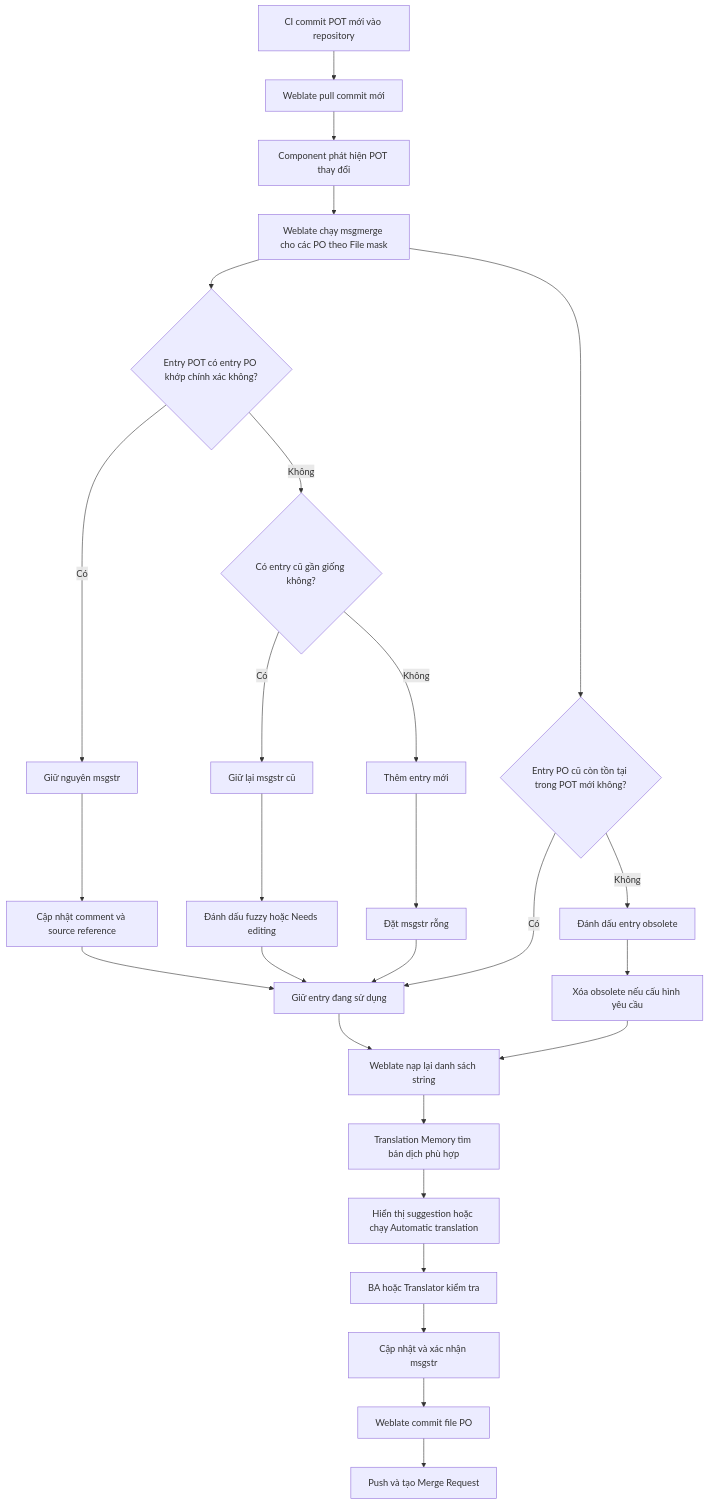
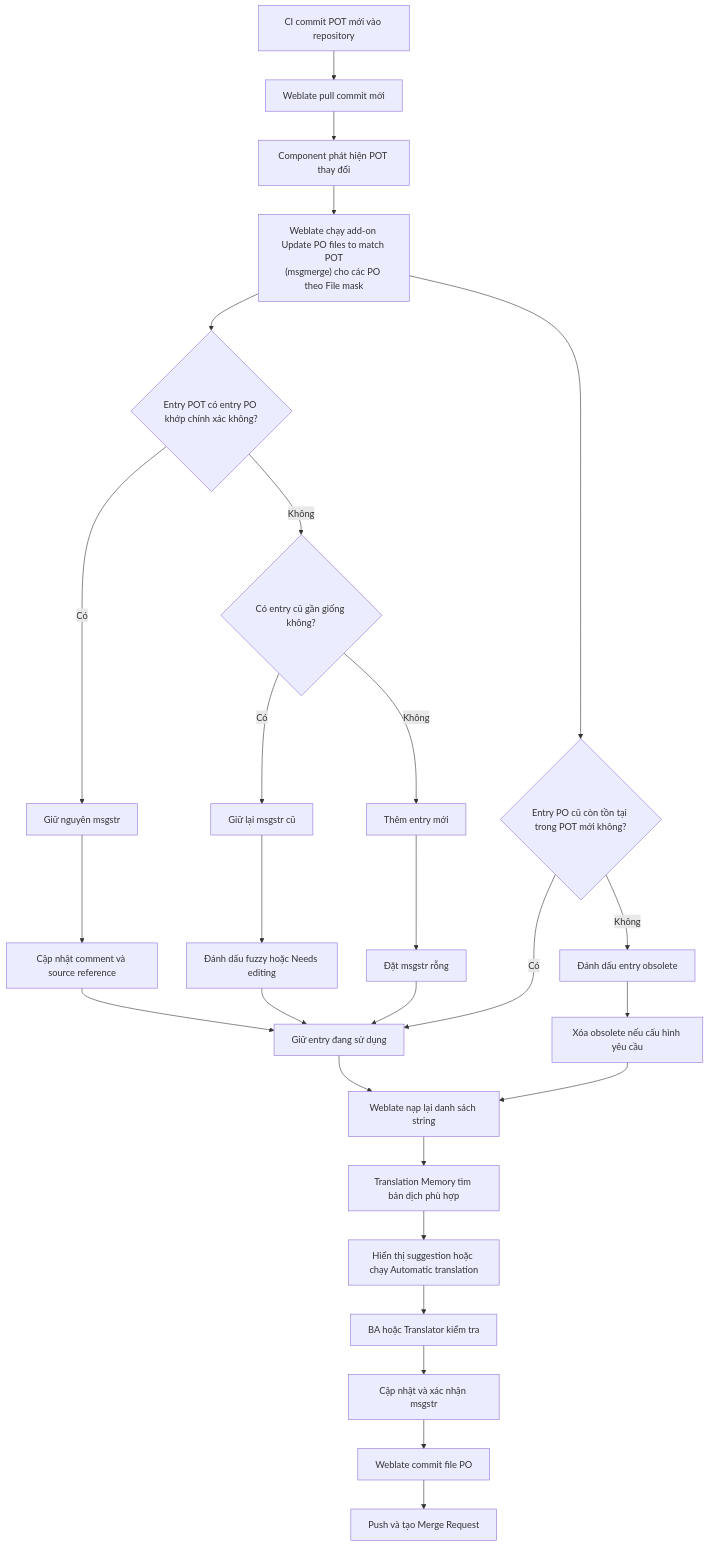
The third of 4 diagrams in weblate/README.md (linh404/VDX-intern), drawn with Mermaid before and after one commit. The commit also changed other lines of this file, not shown here.

````diff
--- a/weblate/README.md
+++ b/weblate/README.md
@@ -558,62 +566,62 @@
 ```mermaid
 flowchart TD
     A[CI commit POT mới vào repository]
     B[Weblate pull commit mới]
     C[Component phát hiện POT thay đổi]
-    D[Weblate chạy msgmerge cho các PO theo File mask]
+    D["Weblate chạy add-on Update PO files to match POT<br/>(msgmerge) cho các PO theo File mask"]
 
     E{Entry POT có entry PO khớp chính xác không?}
     F[Giữ nguyên msgstr]
     G[Cập nhật comment và source reference]
 
     H{Có entry cũ gần giống không?}
     I[Giữ lại msgstr cũ]
     J[Đánh dấu fuzzy hoặc Needs editing]
 
     K[Thêm entry mới]
     L[Đặt msgstr rỗng]
 
     M{Entry PO cũ còn tồn tại trong POT mới không?}
     N[Giữ entry đang sử dụng]
     O[Đánh dấu entry obsolete]
     P[Xóa obsolete nếu cấu hình yêu cầu]
 
     Q[Weblate nạp lại danh sách string]
     R[Translation Memory tìm bản dịch phù hợp]
     S[Hiển thị suggestion hoặc chạy Automatic translation]
     T[BA hoặc Translator kiểm tra]
     U[Cập nhật và xác nhận msgstr]
     V[Weblate commit file PO]
     W[Push và tạo Merge Request]
 
     A --> B
     B --> C
     C --> D
     D --> E
 
     E -- Có --> F
     F --> G
     G --> N
 
     E -- Không --> H
     H -- Có --> I
     I --> J
     J --> N
     H -- Không --> K
     K --> L
     L --> N
 
     D --> M
     M -- Có --> N
     M -- Không --> O
     O --> P
 
     N --> Q
     P --> Q
     Q --> R
     R --> S
     S --> T
     T --> U
     U --> V
     V --> W
 ```
````
